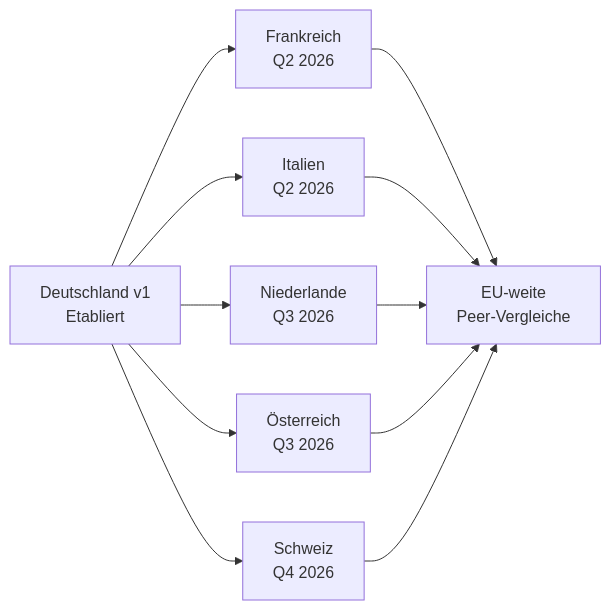
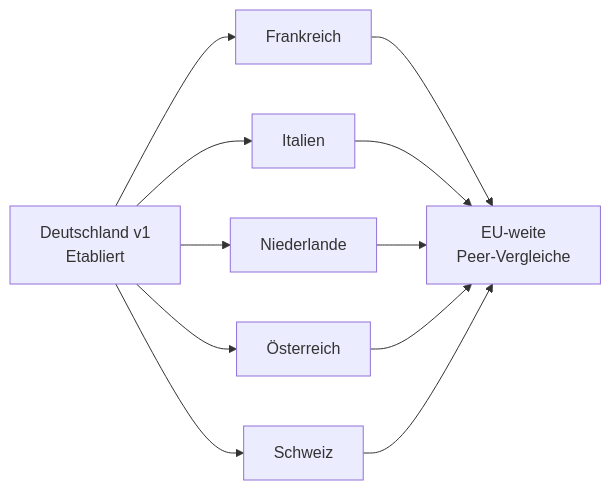
Before and after one commit to ProfDrT/investment-bank: the ninth of 12 diagrams in 06a_Research_Public_Equities.md, drawn with Mermaid. The commit also changed other lines of this file, not shown here.

First line of the commit message:
refactor: remove specific timeline dates from roadmap

````diff
--- a/06a_Research_Public_Equities.md
+++ b/06a_Research_Public_Equities.md
@@ -1685,14 +1702,14 @@
 ```mermaid
 graph LR
-    A[Deutschland v1<br/>Etabliert] --> B[Frankreich<br/>Q2 2026]
-    A --> C[Italien<br/>Q2 2026]
-    A --> D[Niederlande<br/>Q3 2026]
-    A --> E[Österreich<br/>Q3 2026]
-    A --> F[Schweiz<br/>Q4 2026]
+    A[Deutschland v1<br/>Etabliert] --> B[Frankreich]
+    A --> C[Italien]
+    A --> D[Niederlande]
+    A --> E[Österreich]
+    A --> F[Schweiz]
     
     B --> G[EU-weite<br/>Peer-Vergleiche]
     C --> G
     D --> G
     E --> G
     F --> G
 ```
````
